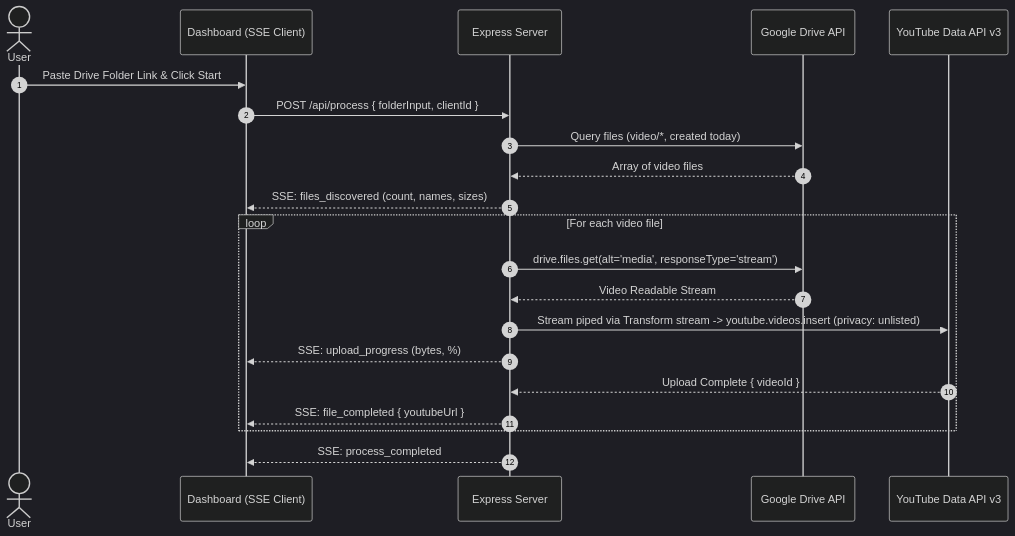
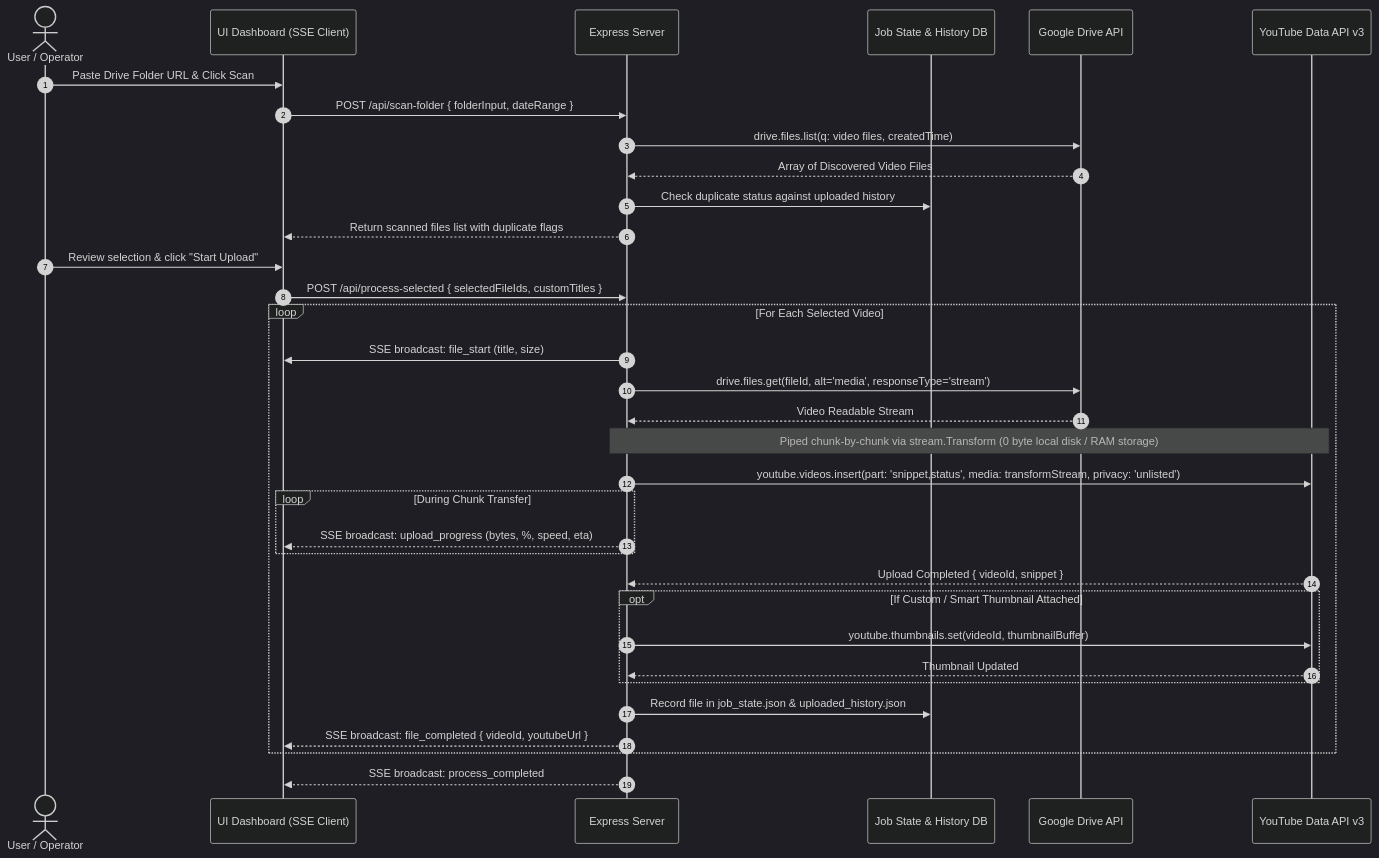
One commit to aniketpw/ytuploader changed the second of 3 diagrams in README.md. Above: the diagram before and after it, drawn with Mermaid (dark theme). The commit also changed other lines of this file, not shown here.

Commit message:
docs: update README.md with comprehensive internal architecture graphs and feature guide

````diff
--- a/README.md
+++ b/README.md
@@ -131,26 +86,45 @@
 ```mermaid
 sequenceDiagram
     autonumber
-    actor User
-    participant Frontend as Dashboard (SSE Client)
+    actor User as User / Operator
+    participant Browser as UI Dashboard (SSE Client)
     participant Server as Express Server
+    participant State as Job State & History DB
     participant Drive as Google Drive API
     participant YouTube as YouTube Data API v3
 
-    User->>Frontend: Paste Drive Folder Link & Click Start
-    Frontend->>Server: POST /api/process { folderInput, clientId }
-    Server->>Drive: Query files (video/*, created today)
-    Drive-->>Server: Array of video files
-    Server-->>Frontend: SSE: files_discovered (count, names, sizes)
+    User->>Browser: Paste Drive Folder URL & Click Scan
+    Browser->>Server: POST /api/scan-folder { folderInput, dateRange }
+    Server->>Drive: drive.files.list(q: video files, createdTime)
+    Drive-->>Server: Array of Discovered Video Files
+    Server->>State: Check duplicate status against uploaded history
+    Server-->>Browser: Return scanned files list with duplicate flags
     
-    loop For each video file
-        Server->>Drive: drive.files.get(alt='media', responseType='stream')
+    User->>Browser: Review selection & click "Start Upload"
+    Browser->>Server: POST /api/process-selected { selectedFileIds, customTitles }
+    
+    loop For Each Selected Video
+        Server->>Browser: SSE broadcast: file_start (title, size)
+        Server->>Drive: drive.files.get(fileId, alt='media', responseType='stream')
         Drive-->>Server: Video Readable Stream
-        Server->>YouTube: Stream piped via Transform stream -> youtube.videos.insert (privacy: unlisted)
-        Server-->>Frontend: SSE: upload_progress (bytes, %)
-        YouTube-->>Server: Upload Complete { videoId }
-        Server-->>Frontend: SSE: file_completed { youtubeUrl }
+        
+        Note over Server,YouTube: Piped chunk-by-chunk via stream.Transform (0 byte local disk / RAM storage)
+        Server->>YouTube: youtube.videos.insert(part: 'snippet,status', media: transformStream, privacy: 'unlisted')
+        
+        loop During Chunk Transfer
+            Server-->>Browser: SSE broadcast: upload_progress (bytes, %, speed, eta)
+        end
+        
+        YouTube-->>Server: Upload Completed { videoId, snippet }
+        
+        opt If Custom / Smart Thumbnail Attached
+            Server->>YouTube: youtube.thumbnails.set(videoId, thumbnailBuffer)
+            YouTube-->>Server: Thumbnail Updated
+        end
+        
+        Server->>State: Record file in job_state.json & uploaded_history.json
+        Server-->>Browser: SSE broadcast: file_completed { videoId, youtubeUrl }
     end
 
-    Server-->>Frontend: SSE: process_completed
+    Server-->>Browser: SSE broadcast: process_completed
 ```
````
